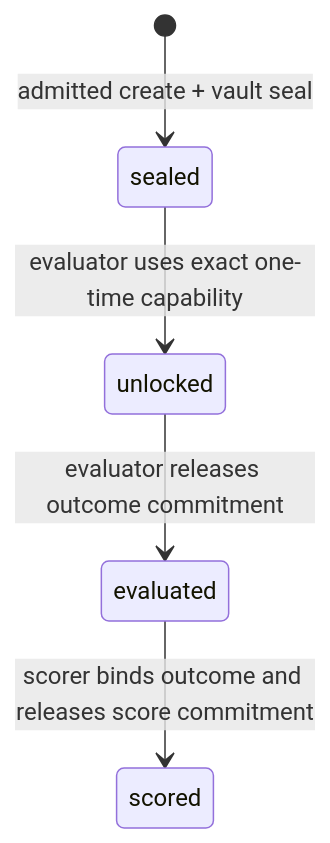
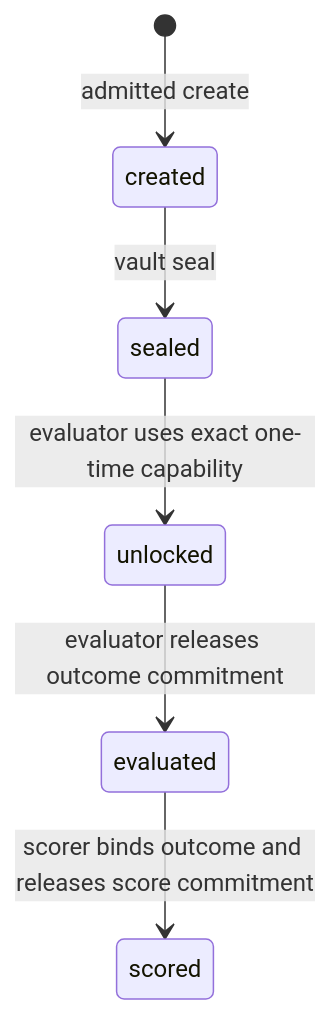
Before and after one commit to dsa04156/self-evolving-harness: the second of 3 diagrams in docs/architecture/evaluator-vault-contract.md, drawn with Mermaid. The commit also changed other lines of this file and 27 other files, not shown here.

````diff
--- a/docs/architecture/evaluator-vault-contract.md
+++ b/docs/architecture/evaluator-vault-contract.md
@@ -79,7 +79,8 @@
 ```mermaid
 stateDiagram-v2
-    [*] --> sealed: admitted create + vault seal
+    [*] --> created: admitted create
+    created --> sealed: vault seal
     sealed --> unlocked: evaluator uses exact one-time capability
     unlocked --> evaluated: evaluator releases outcome commitment
     evaluated --> scored: scorer binds outcome and releases score commitment
 ```
````
